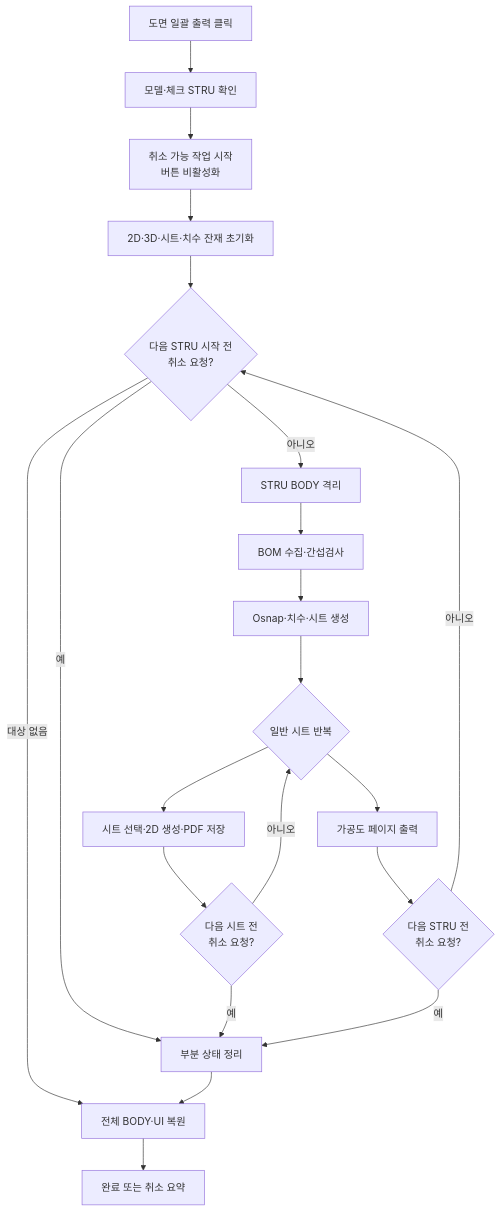
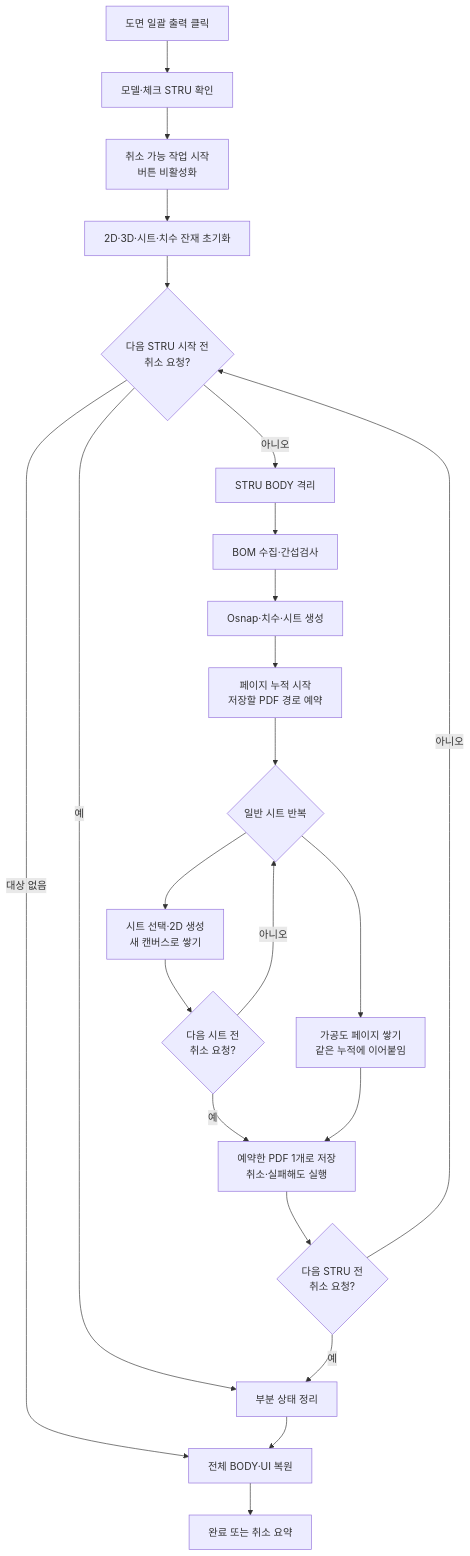
The diagram in docs/기능/도면시트/도면 일괄 출력.md (uuuuj/a2z), drawn with Mermaid before and after one commit. The commit also changed other lines of this file and 12 other files, not shown here.

````diff
--- a/docs/기능/도면시트/도면 일괄 출력.md
+++ b/docs/기능/도면시트/도면 일괄 출력.md
@@ -29,23 +33,25 @@
 ```mermaid
 flowchart TD
     A[도면 일괄 출력 클릭] --> B[모델·체크 STRU 확인]
     B --> C[취소 가능 작업 시작<br/>버튼 비활성화]
     C --> D[2D·3D·시트·치수 잔재 초기화]
     D --> E{다음 STRU 시작 전<br/>취소 요청?}
     E -- 예 --> CLEAN[부분 상태 정리]
     E -- 아니오 --> F[STRU BODY 격리]
     F --> G[BOM 수집·간섭검사]
     G --> H[Osnap·치수·시트 생성]
-    H --> I{일반 시트 반복}
-    I --> J[시트 선택·2D 생성·PDF 저장]
+    H --> H2[페이지 누적 시작<br/>저장할 PDF 경로 예약]
+    H2 --> I{일반 시트 반복}
+    I --> J[시트 선택·2D 생성<br/>새 캔버스로 쌓기]
     J --> K{다음 시트 전<br/>취소 요청?}
-    K -- 예 --> CLEAN
+    K -- 예 --> SAVE
     K -- 아니오 --> I
-    I --> L[가공도 페이지 출력]
-    L --> M{다음 STRU 전<br/>취소 요청?}
+    I --> L[가공도 페이지 쌓기<br/>같은 누적에 이어붙임]
+    L --> SAVE[예약한 PDF 1개로 저장<br/>취소·실패해도 실행]
+    SAVE --> M{다음 STRU 전<br/>취소 요청?}
     M -- 아니오 --> E
     M -- 예 --> CLEAN
     E -- 대상 없음 --> DONE[전체 BODY·UI 복원]
     CLEAN --> DONE
     DONE --> RESULT[완료 또는 취소 요약]
 ```
````
